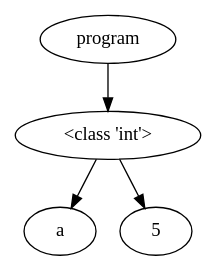
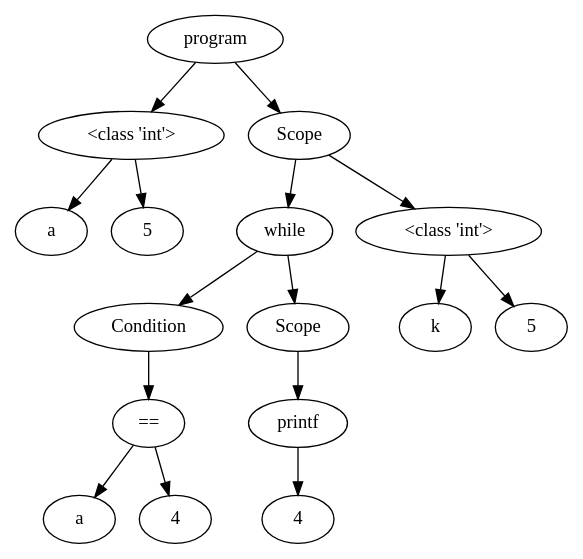
The diagram in OutputFiles/dotVisualization.dot (NielsVandenBroeck/COMP_Compiler), drawn with Graphviz before and after one commit. The commit also changed 5 other files, not shown here.

```diff
--- a/OutputFiles/dotVisualization.dot
+++ b/OutputFiles/dotVisualization.dot
@@ -1,10 +1,41 @@
 digraph G { 
-"<AST.AST object at 0x0000029A41AD9F70> (0)"[label="program"]
-"<AST.ASTDataType object at 0x0000029A41AE00D0> (1)"[label="<class 'int'>"]
-"<AST.AST object at 0x0000029A41AD9F70> (0)"->"<AST.ASTDataType object at 0x0000029A41AE00D0> (1)"
-"<AST.ASTDataType object at 0x0000029A41AE00D0> (1)"[label="<class 'int'>"]
-"<AST.ASTVariable object at 0x0000029A41AE08E0> (2)"[label="a"]
-"<AST.ASTDataType object at 0x0000029A41AE00D0> (1)"->"<AST.ASTVariable object at 0x0000029A41AE08E0> (2)"
-"<AST.AST object at 0x0000029A41AE00A0> (2)"[label="5"]
-"<AST.ASTDataType object at 0x0000029A41AE00D0> (1)"->"<AST.AST object at 0x0000029A41AE00A0> (2)"
+"<AST.AST object at 0x0000022669432970> (0)"[label="program"]
+"<AST.ASTDataType object at 0x0000022669432A00> (1)"[label="<class 'int'>"]
+"<AST.AST object at 0x0000022669432970> (0)"->"<AST.ASTDataType object at 0x0000022669432A00> (1)"
+"<AST.ASTDataType object at 0x0000022669432A00> (1)"[label="<class 'int'>"]
+"<AST.ASTVariable object at 0x0000022669432580> (2)"[label="a"]
+"<AST.ASTDataType object at 0x0000022669432A00> (1)"->"<AST.ASTVariable object at 0x0000022669432580> (2)"
+"<AST.AST object at 0x0000022669432D30> (2)"[label="5"]
+"<AST.ASTDataType object at 0x0000022669432A00> (1)"->"<AST.AST object at 0x0000022669432D30> (2)"
+"<AST.AST object at 0x0000022669432DF0> (1)"[label="Scope"]
+"<AST.AST object at 0x0000022669432970> (0)"->"<AST.AST object at 0x0000022669432DF0> (1)"
+"<AST.AST object at 0x0000022669432DF0> (1)"[label="Scope"]
+"<AST.AST object at 0x0000022669432F40> (2)"[label="while"]
+"<AST.AST object at 0x0000022669432DF0> (1)"->"<AST.AST object at 0x0000022669432F40> (2)"
+"<AST.AST object at 0x0000022669432F40> (2)"[label="while"]
+"<AST.AST object at 0x0000022669432670> (3)"[label="Condition"]
+"<AST.AST object at 0x0000022669432F40> (2)"->"<AST.AST object at 0x0000022669432670> (3)"
+"<AST.AST object at 0x0000022669432670> (3)"[label="Condition"]
+"<AST.ASTOperator object at 0x0000022669432CD0> (4)"[label="=="]
+"<AST.AST object at 0x0000022669432670> (3)"->"<AST.ASTOperator object at 0x0000022669432CD0> (4)"
+"<AST.ASTOperator object at 0x0000022669432CD0> (4)"[label="=="]
+"<AST.ASTVariable object at 0x0000022669432E80> (5)"[label="a"]
+"<AST.ASTOperator object at 0x0000022669432CD0> (4)"->"<AST.ASTVariable object at 0x0000022669432E80> (5)"
+"<AST.AST object at 0x0000022669432B50> (5)"[label="4"]
+"<AST.ASTOperator object at 0x0000022669432CD0> (4)"->"<AST.AST object at 0x0000022669432B50> (5)"
+"<AST.AST object at 0x0000022669432BB0> (3)"[label="Scope"]
+"<AST.AST object at 0x0000022669432F40> (2)"->"<AST.AST object at 0x0000022669432BB0> (3)"
+"<AST.AST object at 0x0000022669432BB0> (3)"[label="Scope"]
+"<AST.ASTPrintf object at 0x0000022669432DC0> (4)"[label="printf"]
+"<AST.AST object at 0x0000022669432BB0> (3)"->"<AST.ASTPrintf object at 0x0000022669432DC0> (4)"
+"<AST.ASTPrintf object at 0x0000022669432DC0> (4)"[label="printf"]
+"<AST.AST object at 0x0000022669432790> (5)"[label="4"]
+"<AST.ASTPrintf object at 0x0000022669432DC0> (4)"->"<AST.AST object at 0x0000022669432790> (5)"
+"<AST.ASTDataType object at 0x0000022669432490> (2)"[label="<class 'int'>"]
+"<AST.AST object at 0x0000022669432DF0> (1)"->"<AST.ASTDataType object at 0x0000022669432490> (2)"
+"<AST.ASTDataType object at 0x0000022669432490> (2)"[label="<class 'int'>"]
+"<AST.ASTVariable object at 0x0000022669432E50> (3)"[label="k"]
+"<AST.ASTDataType object at 0x0000022669432490> (2)"->"<AST.ASTVariable object at 0x0000022669432E50> (3)"
+"<AST.AST object at 0x0000022669432FA0> (3)"[label="5"]
+"<AST.ASTDataType object at 0x0000022669432490> (2)"->"<AST.AST object at 0x0000022669432FA0> (3)"
 }
```
